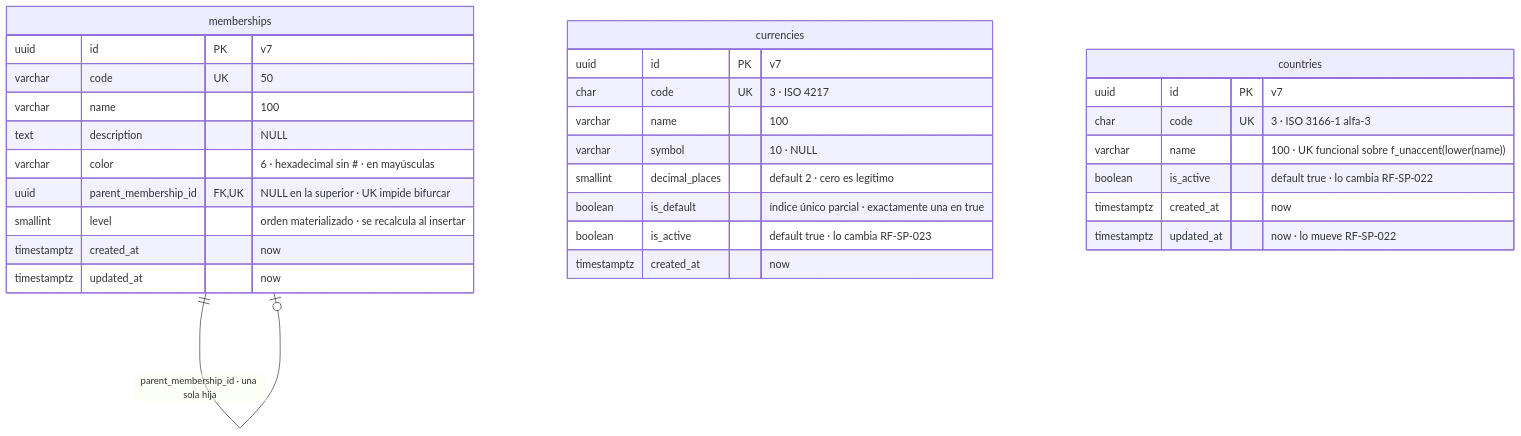
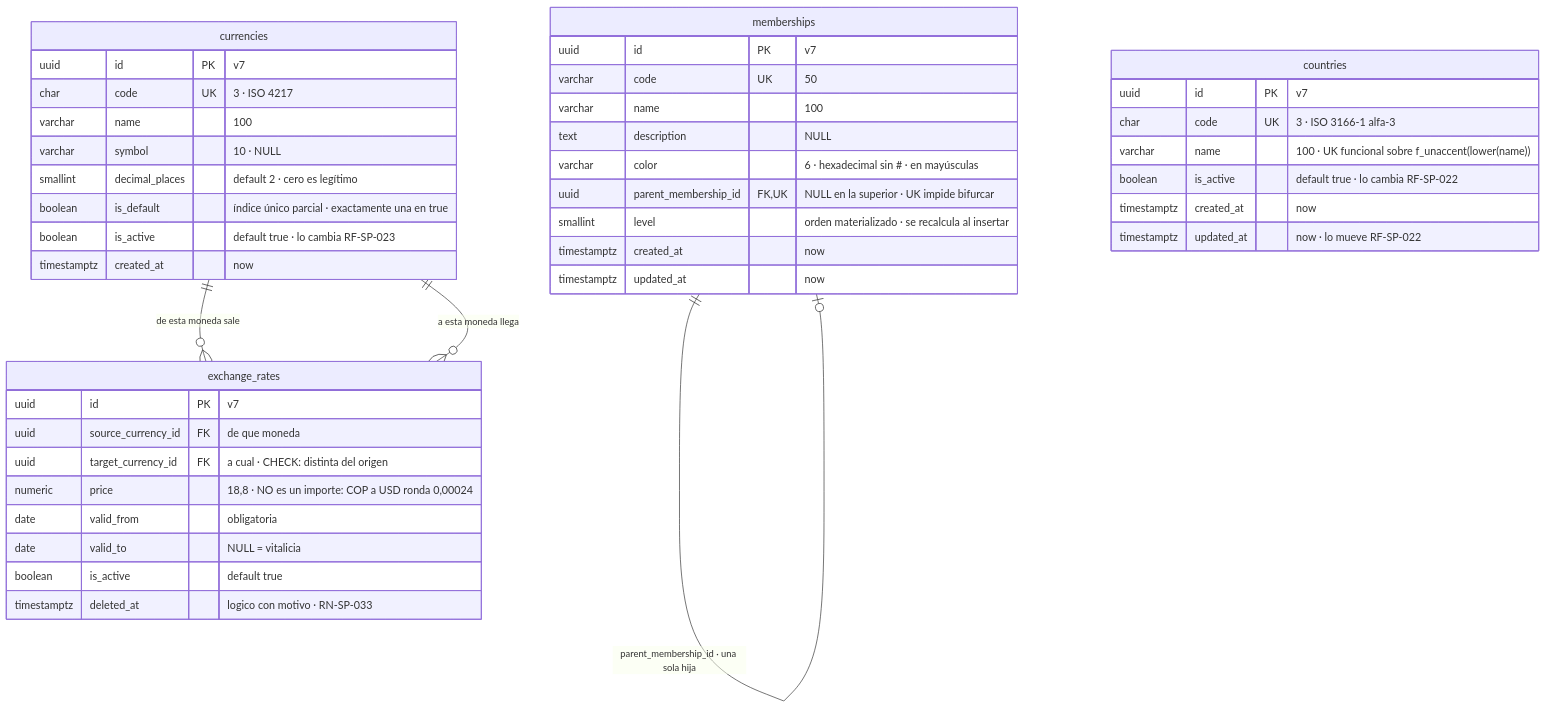
One commit to NexusPro-Dev/backend changed the second of 5 diagrams in docs/modelo-datos.md. Above: the diagram before and after it, drawn with Mermaid. The commit also changed other lines of this file and 4 other files, not shown here.

````diff
--- a/docs/modelo-datos.md
+++ b/docs/modelo-datos.md
@@ -206,36 +212,49 @@
 ```mermaid
 erDiagram
     memberships ||--o| memberships : "parent_membership_id · una sola hija"
+    currencies  ||--o{ exchange_rates : "de esta moneda sale"
+    currencies  ||--o{ exchange_rates : "a esta moneda llega"
 
     memberships {
         uuid id PK "v7"
         varchar code UK "50"
         varchar name "100"
         text description "NULL"
         varchar color "6 · hexadecimal sin # · en mayúsculas"
         uuid parent_membership_id FK,UK "NULL en la superior · UK impide bifurcar"
         smallint level "orden materializado · se recalcula al insertar"
         timestamptz created_at "now"
         timestamptz updated_at "now"
     }
 
     currencies {
         uuid id PK "v7"
         char code UK "3 · ISO 4217"
         varchar name "100"
         varchar symbol "10 · NULL"
         smallint decimal_places "default 2 · cero es legítimo"
         boolean is_default "índice único parcial · exactamente una en true"
         boolean is_active "default true · lo cambia RF-SP-023"
         timestamptz created_at "now"
     }
 
     countries {
         uuid id PK "v7"
         char code UK "3 · ISO 3166-1 alfa-3"
         varchar name "100 · UK funcional sobre f_unaccent(lower(name))"
         boolean is_active "default true · lo cambia RF-SP-022"
         timestamptz created_at "now"
         timestamptz updated_at "now · lo mueve RF-SP-022"
     }
+
+    exchange_rates {
+        uuid id PK "v7"
+        uuid source_currency_id FK "de que moneda"
+        uuid target_currency_id FK "a cual · CHECK: distinta del origen"
+        numeric price "18,8 · NO es un importe: COP a USD ronda 0,00024"
+        date valid_from "obligatoria"
+        date valid_to "NULL = vitalicia"
+        boolean is_active "default true"
+        timestamptz deleted_at "logico con motivo · RN-SP-033"
+    }
 ```
````
